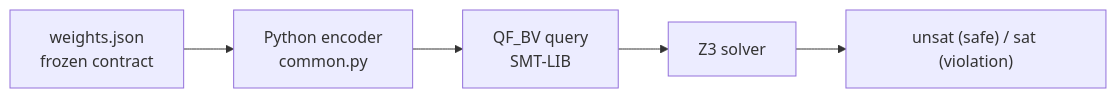
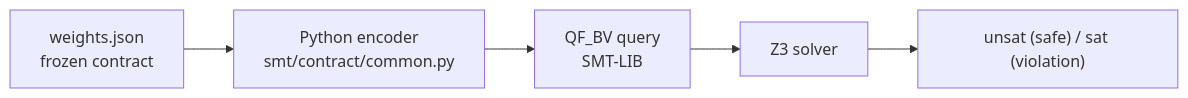
The third of 5 diagrams in docs/solver-backed-verification.md (dfdgsdfg/ann-rtl-lean-poc), drawn with Mermaid before and after one commit. The commit also changed other lines of this file, not shown here.

````diff
--- a/docs/solver-backed-verification.md
+++ b/docs/solver-backed-verification.md
@@ -56,7 +59,7 @@
 ```mermaid
 graph LR
-    W["weights.json<br/>frozen contract"] --> PY["Python encoder<br/>common.py"]
+    W["weights.json<br/>frozen contract"] --> PY["Python encoder<br/>smt/contract/common.py"]
     PY --> Q["QF_BV query<br/>SMT-LIB"]
     Q --> Z3["Z3 solver"]
     Z3 --> R["unsat (safe) / sat (violation)"]
 ```
````
